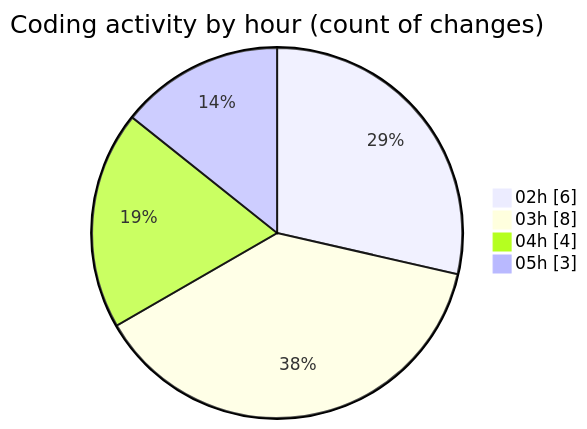
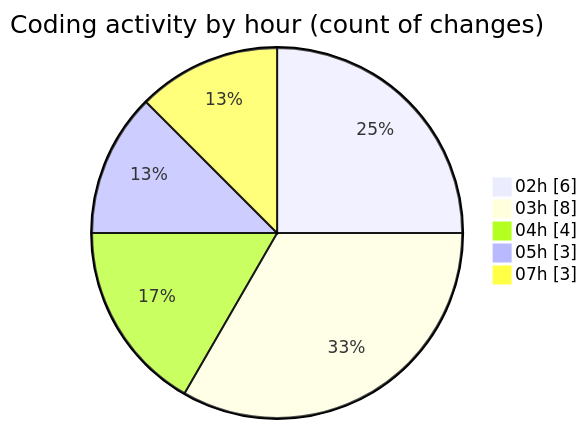
One commit to FelipKnott/code-tracking changed the second of 2 diagrams in 2025-07-03/cursor/README.md. Above: the diagram before and after it, drawn with Mermaid. The commit also changed other lines of this file and 1 other file, not shown here.

````diff
--- a/2025-07-03/cursor/README.md
+++ b/2025-07-03/cursor/README.md
@@ -34,8 +34,9 @@
 ```mermaid
 pie showData
 title Coding activity by hour (count of changes)
 "02h" : 6
 "03h" : 8
 "04h" : 4
 "05h" : 3
+"07h" : 3
 ```
````
